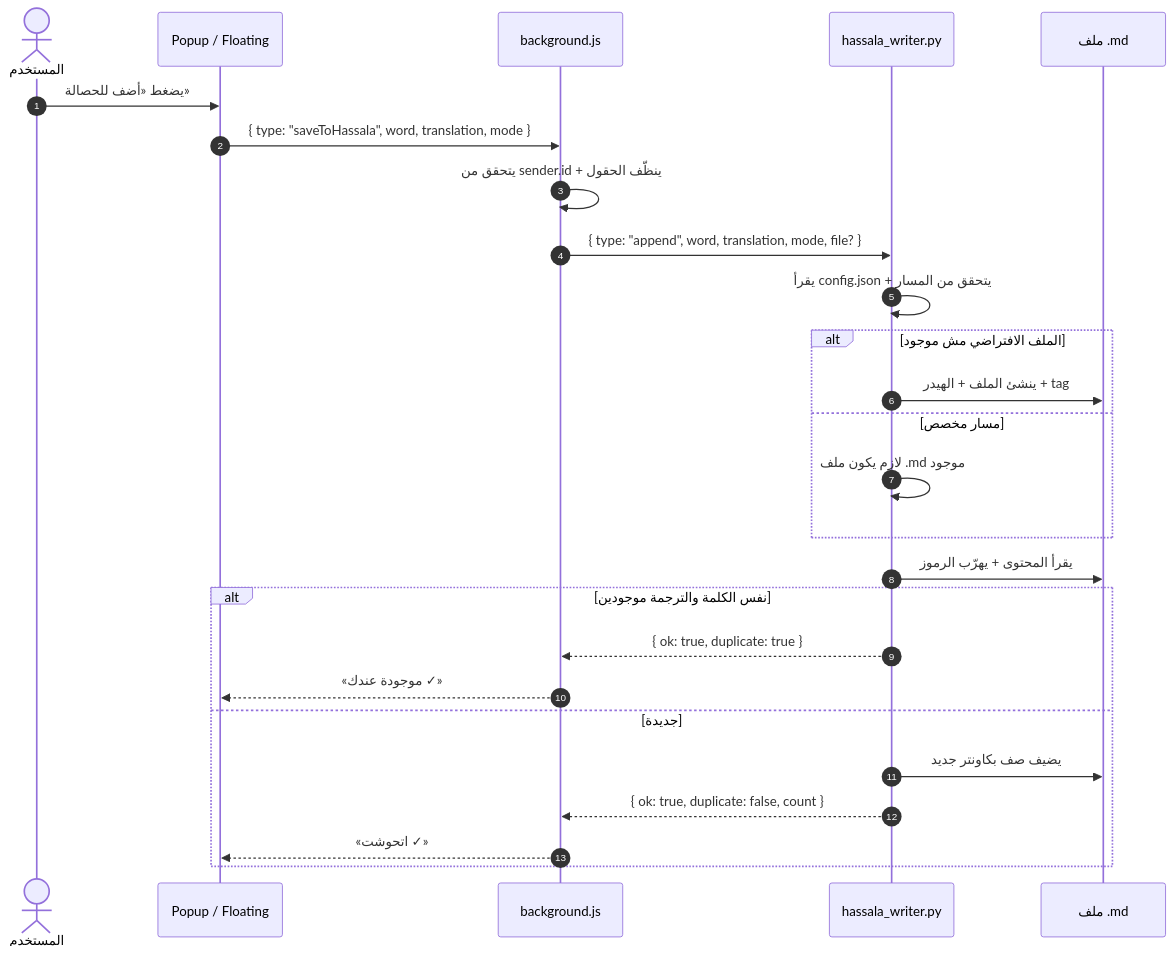
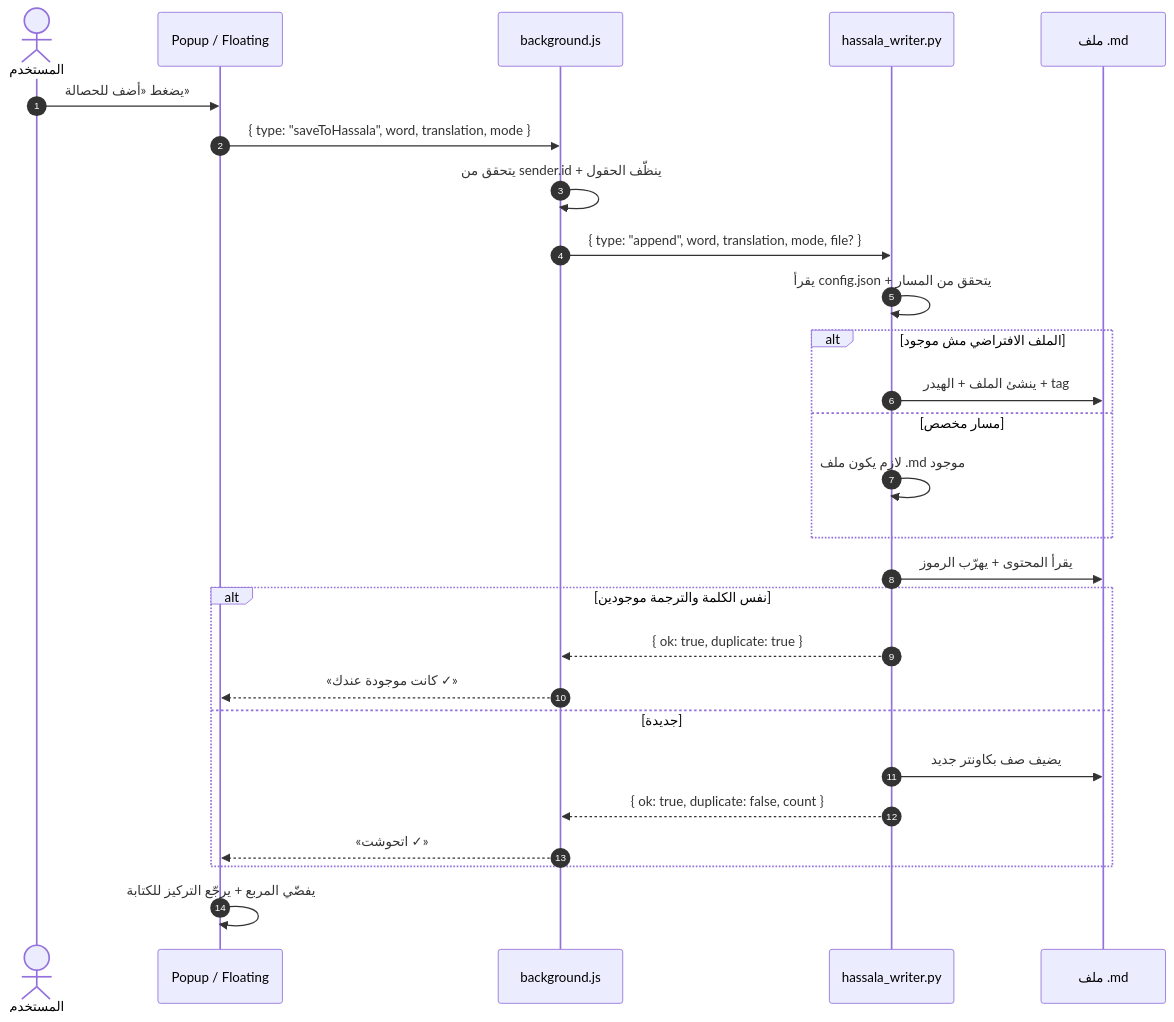
Before and after one commit to nagdista-dev/hassala: the third of 4 diagrams in docs/ARCHITECTURE.md, drawn with Mermaid. The commit also changed other lines of this file and 11 other files, not shown here.

````diff
--- a/docs/ARCHITECTURE.md
+++ b/docs/ARCHITECTURE.md
@@ -151,29 +151,30 @@
 ```mermaid
 sequenceDiagram
     autonumber
     actor User as المستخدم
     participant UI as Popup / Floating
     participant BG as background.js
     participant H as hassala_writer.py
     participant F as ملف .md
 
     User->>UI: يضغط «أضف للحصالة»
     UI->>BG: { type: "saveToHassala", word, translation, mode }
     BG->>BG: يتحقق من sender.id + ينظّف الحقول
     BG->>H: { type: "append", word, translation, mode, file? }
     H->>H: يقرأ config.json + يتحقق من المسار
     alt الملف الافتراضي مش موجود
         H->>F: ينشئ الملف + الهيدر + tag
     else مسار مخصص
         H->>H: لازم يكون ملف .md موجود
     end
     H->>F: يقرأ المحتوى + يهرّب الرموز
     alt نفس الكلمة والترجمة موجودين
         H-->>BG: { ok: true, duplicate: true }
-        BG-->>UI: «موجودة عندك ✓»
+        BG-->>UI: «كانت موجودة عندك ✓»
     else جديدة
         H->>F: يضيف صف بكاونتر جديد
         H-->>BG: { ok: true, duplicate: false, count }
         BG-->>UI: «اتحوشت ✓»
     end
+    UI->>UI: يفضّي المربع + يرجّع التركيز للكتابة
 ```
````
